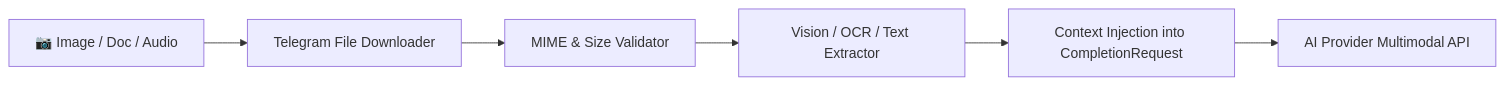
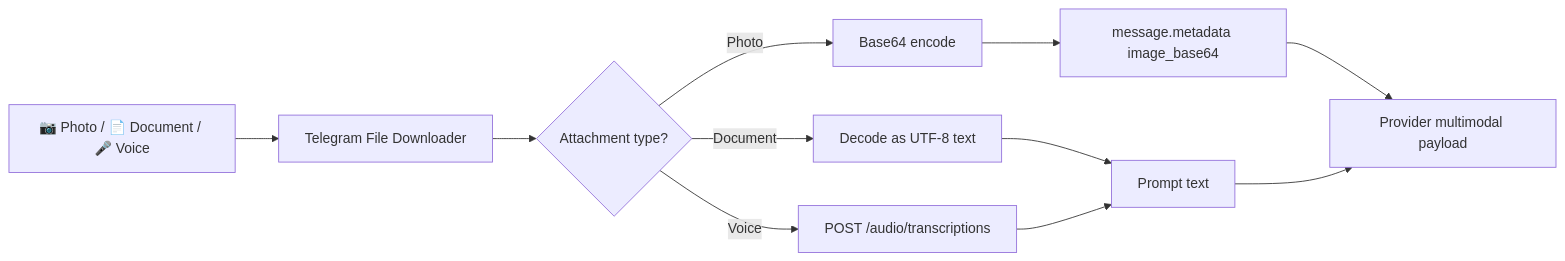
The third of 3 diagrams in docs/architecture/overview.md (h1ntz0/Agents-Telegram), drawn with Mermaid before and after one commit. The commit also changed other lines of this file and 9 other files, not shown here.

````diff
--- a/docs/architecture/overview.md
+++ b/docs/architecture/overview.md
@@ -177,8 +188,13 @@
 ```mermaid
 graph LR
-    TgInput[📷 Image / Doc / Audio] --> Downloader[Telegram File Downloader]
-    Downloader --> Validator[MIME & Size Validator]
-    Validator --> Preprocessor[Vision / OCR / Text Extractor]
-    Preprocessor --> Context[Context Injection into CompletionRequest]
-    Context --> Provider[AI Provider Multimodal API]
+    TgInput[📷 Photo / 📄 Document / 🎤 Voice] --> Downloader[Telegram File Downloader]
+    Downloader --> Router{Attachment type?}
+    Router -->|Photo| Base64[Base64 encode]
+    Router -->|Document| Decode[Decode as UTF-8 text]
+    Router -->|Voice| STT[POST /audio/transcriptions]
+    Base64 --> Metadata[message.metadata image_base64]
+    Metadata --> Provider[Provider multimodal payload]
+    Decode --> Context[Prompt text]
+    STT --> Context
+    Context --> Provider
 ```
````
